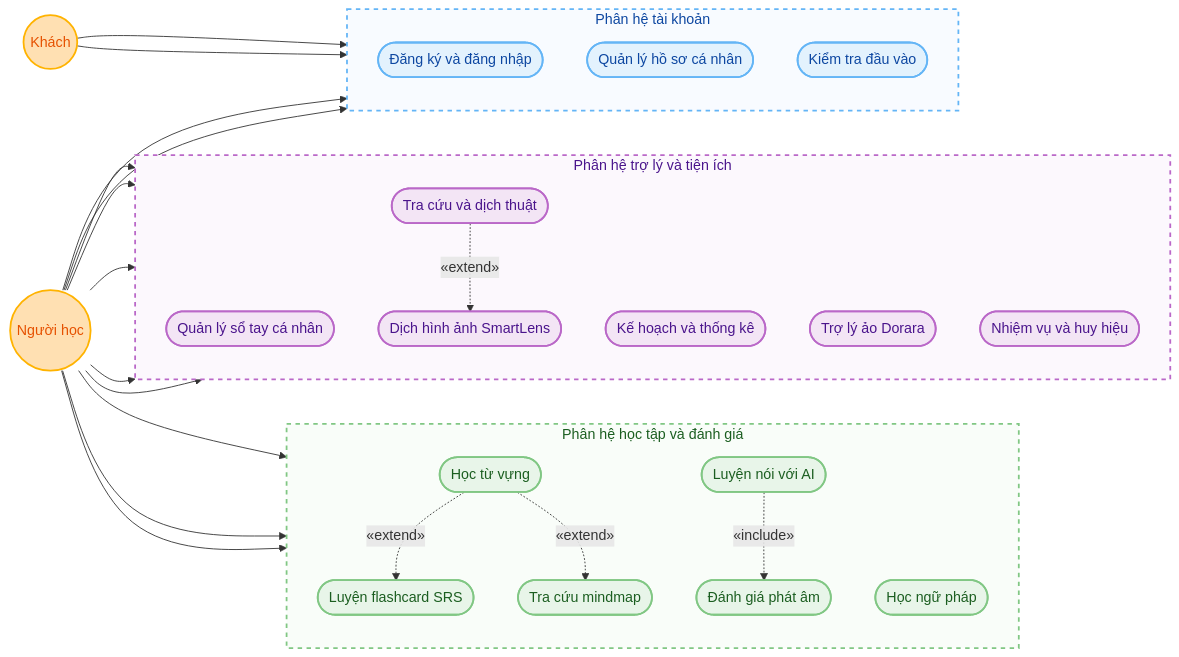
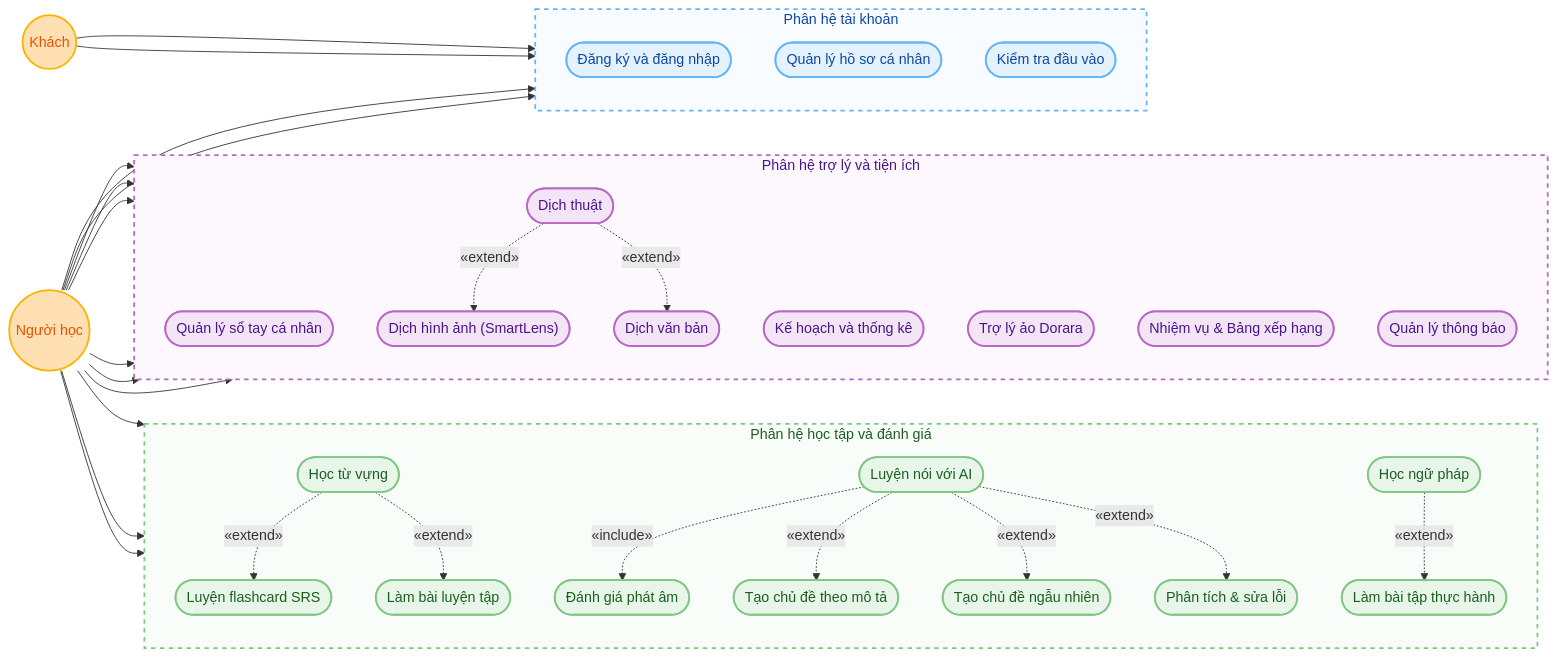
Before and after one commit to meo225/DailyEng-java: the diagram in report.md, drawn with Mermaid. The commit also changed 1 other file, not shown here.

Commit message:
upload file presentation and report

```diff
--- a/report.md
+++ b/report.md
@@ -264,8 +264,12 @@
             
             %% Extends và Includes
             UC4_1([" Luyện flashcard SRS "])
-            UC4_2([" Tra cứu mindmap "])
+            UC4_2([" Làm bài luyện tập "])
             UC5_1([" Đánh giá phát âm "])
+            UC5_2([" Tạo chủ đề theo mô tả "])
+            UC5_3([" Tạo chủ đề ngẫu nhiên "])
+            UC5_4([" Phân tích & sửa lỗi "])
+            UC6_1([" Làm bài tập thực hành "])
         end
 
         %% Hỗ trợ và cá nhân hóa
@@ -274,11 +278,13 @@
             UC7([" Quản lý sổ tay cá nhân "])
             UC8([" Kế hoạch và thống kê "])
             UC9([" Trợ lý ảo Dorara "])
-            UC10([" Tra cứu và dịch thuật "])
-            UC11([" Nhiệm vụ và huy hiệu "])
+            UC10([" Dịch thuật "])
+            UC11([" Nhiệm vụ & Bảng xếp hạng "])
+            UC12([" Quản lý thông báo "])
             
             %% Extends
-            UC10_1([" Dịch hình ảnh SmartLens "])
+            UC10_1([" Dịch hình ảnh (SmartLens) "])
+            UC10_2([" Dịch văn bản "])
         end
 
         %% Phân quyền Khách
@@ -296,12 +302,18 @@
         U --> UC9
         U --> UC10
         U --> UC11
+        U --> UC12
 
         %% Mối quan hệ Include / Extend chuyên sâu
         UC4 -.->|«extend»| UC4_1
         UC4 -.->|«extend»| UC4_2
         UC5 -.->|«include»| UC5_1
+        UC5 -.->|«extend»| UC5_2
+        UC5 -.->|«extend»| UC5_3
+        UC5 -.->|«extend»| UC5_4
+        UC6 -.->|«extend»| UC6_1
         UC10 -.->|«extend»| UC10_1
+        UC10 -.->|«extend»| UC10_2
 
         %% Tính thẩm mỹ: Màu Pastel phân loại theo từng hệ thống
         classDef actor fill:#ffe0b2,stroke:#ffb300,stroke-width:2px,color:#e65100;
@@ -311,8 +323,8 @@
 
         class G,U actor;
         class UC1,UC2,UC3 ucAccount;
-        class UC4,UC5,UC6,UC4_1,UC4_2,UC5_1 ucLearning;
-        class UC7,UC8,UC9,UC10,UC11,UC10_1 ucSupport;
+        class UC4,UC5,UC6,UC4_1,UC4_2,UC5_1,UC5_2,UC5_3,UC5_4,UC6_1 ucLearning;
+        class UC7,UC8,UC9,UC10,UC11,UC12,UC10_1,UC10_2 ucSupport;
 
         %% Tùy chỉnh Subgraph: Nền cực nhạt, viền đứt nét cùng tone màu
         style HT_TaiKhoan fill:#f8fbff,stroke:#64b5f6,stroke-width:2px,stroke-dasharray: 5 5,color:#0d47a1
```
